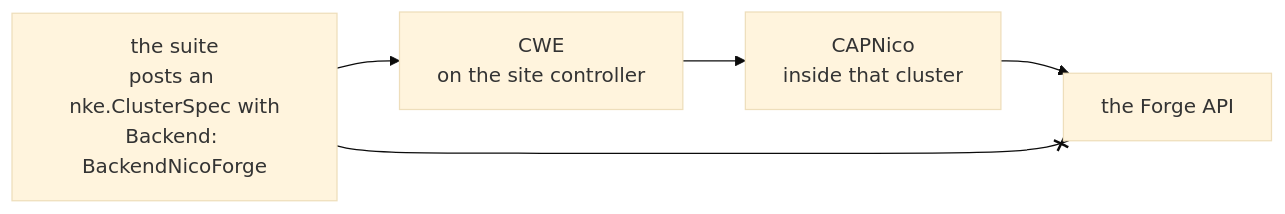
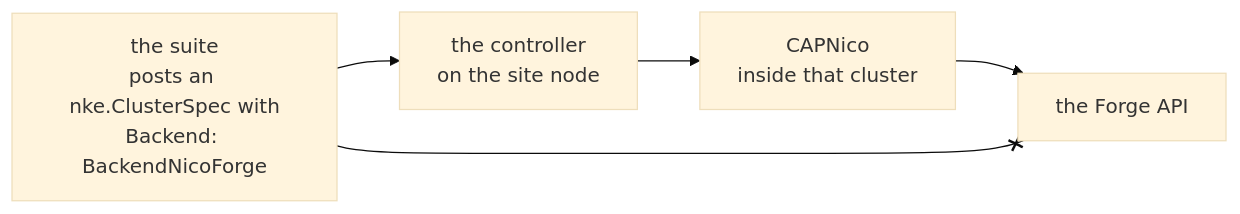
The fourth of 5 diagrams in docs/qualification/hardware-lane.md (dsx-ai-factory/nvke), drawn with Mermaid (base theme) before and after one commit. The commit also changed other lines of this file and 10 other files, not shown here.

Commit message:
docs: say controller, not CWE, in the published pages

````diff
--- a/docs/qualification/hardware-lane.md
+++ b/docs/qualification/hardware-lane.md
@@ -227,7 +227,7 @@
 ```mermaid
 flowchart LR
-    SUITE["the suite<br/>posts an nke.ClusterSpec with<br/>Backend: BackendNicoForge"] --> CWE["CWE<br/>on the site controller"]
-    CWE --> CAPN["CAPNico<br/>inside that cluster"]
+    SUITE["the suite<br/>posts an nke.ClusterSpec with<br/>Backend: BackendNicoForge"] --> CTRL["the controller<br/>on the site node"]
+    CTRL --> CAPN["CAPNico<br/>inside that cluster"]
     CAPN --> FORGE["the Forge API"]
     SUITE --x FORGE
 ```
````
